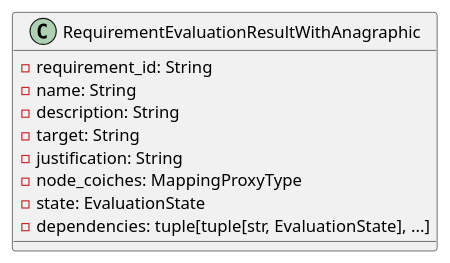
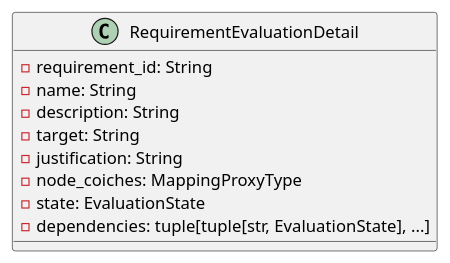
One commit to GroupRubberDuck/Documentazione changed the diagram in src/PB/DocumentazioneEsterna/Specifica_Tecnica/content/uml/puml/Diagrammi_classi/Backend/Domain/RequirementEvaluationResultWithAnagraphic.puml. Above: the diagram before and after it, drawn with PlantUML. The commit also changed 3 other files, not shown here.

Commit message:
Fix: cambiato nome a entità evaluationDetail in puml

```diff
--- a/src/PB/DocumentazioneEsterna/Specifica_Tecnica/content/uml/puml/Diagrammi_classi/Backend/Domain/RequirementEvaluationResultWithAnagraphic.puml
+++ b/src/PB/DocumentazioneEsterna/Specifica_Tecnica/content/uml/puml/Diagrammi_classi/Backend/Domain/RequirementEvaluationResultWithAnagraphic.puml
@@ -1,14 +1,14 @@
-@startuml RequirementEvaluationResultWithAnagraphic
+@startuml RequirementEvaluationDetail
 
-class RequirementEvaluationResultWithAnagraphic {
+class RequirementEvaluationDetail {
     - requirement_id: String
     - name: String
     - description: String
     - target: String
     - justification: String
     - node_coiches: MappingProxyType
     - state: EvaluationState
     - dependencies: tuple[tuple[str, EvaluationState], ...]
 }
 
 @enduml
```
